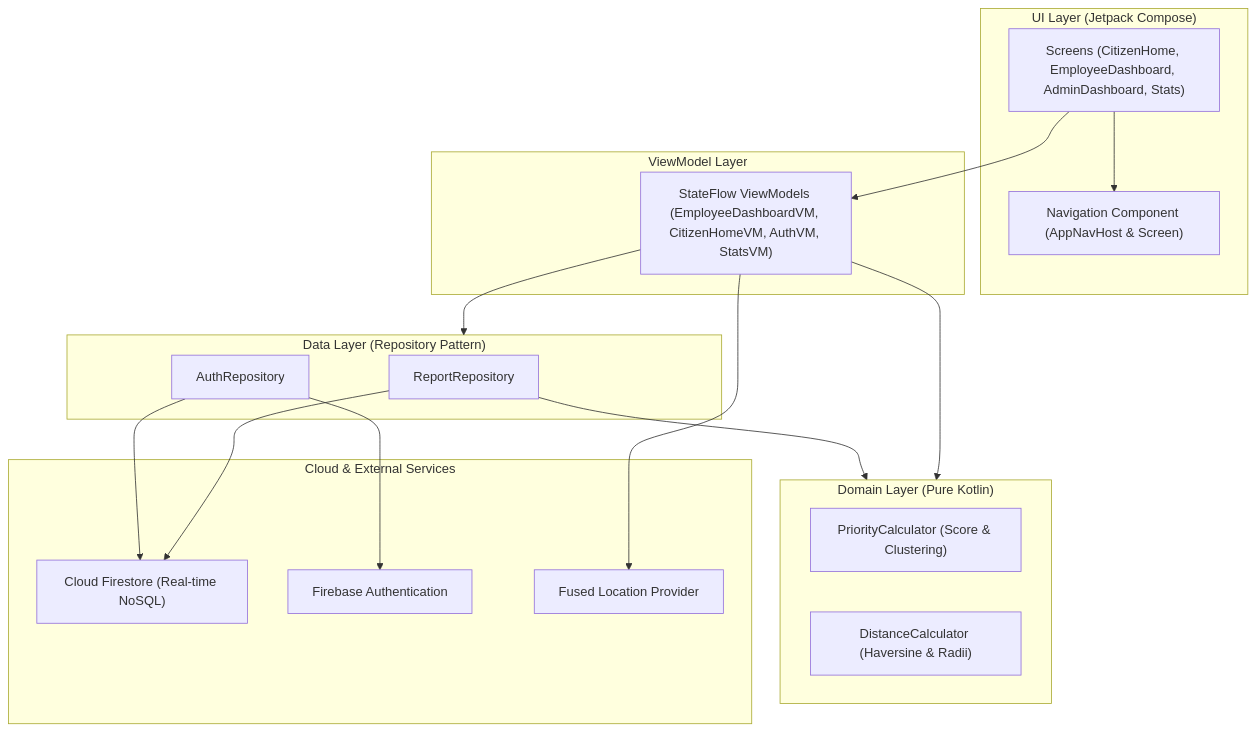
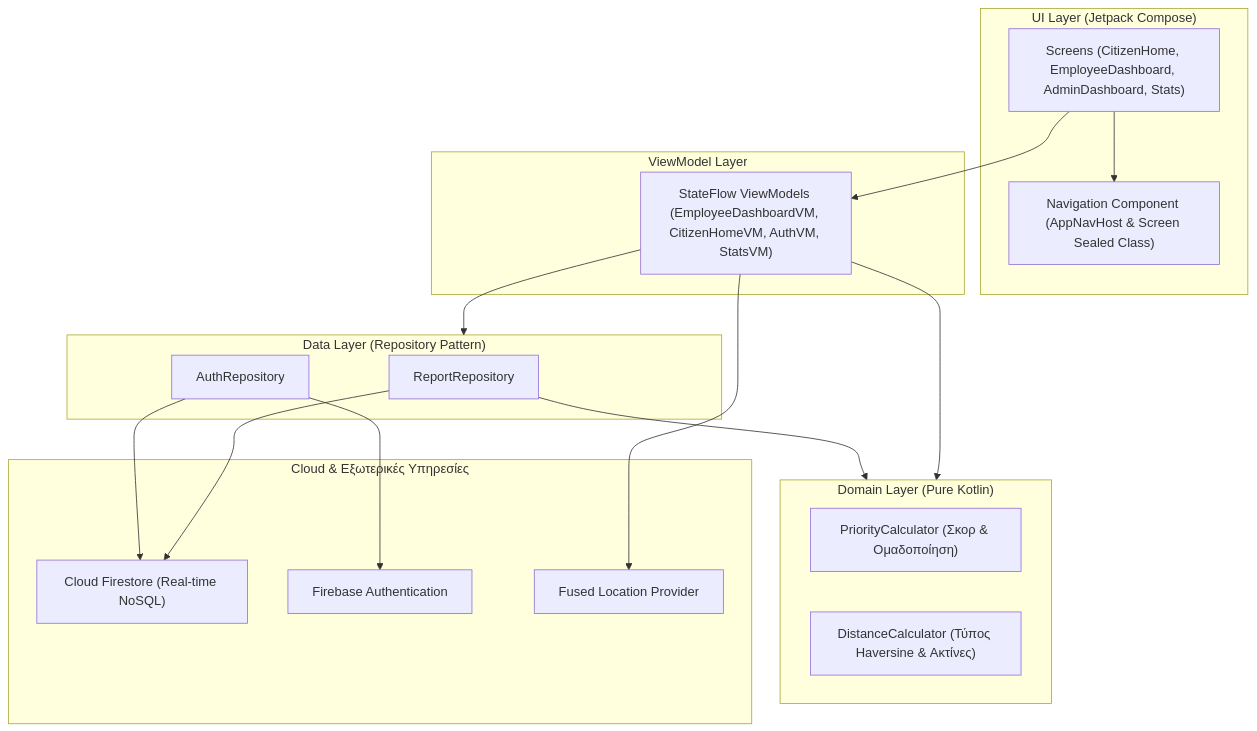
Before and after one commit to EleutheriaKoutsochristou/CityFlow: the diagram in README.md, drawn with Mermaid. The commit also changed other lines of this file and 1 other file, not shown here.

````diff
--- a/README.md
+++ b/README.md
@@ -93,37 +97,37 @@
 ```mermaid
 graph TD
     subgraph UI_Layer ["UI Layer (Jetpack Compose)"]
         Screens["Screens (CitizenHome, EmployeeDashboard, AdminDashboard, Stats)"]
-        Nav["Navigation Component (AppNavHost & Screen)"]
+        Nav["Navigation Component (AppNavHost & Screen Sealed Class)"]
     end
 
     subgraph ViewModel_Layer ["ViewModel Layer"]
         VM["StateFlow ViewModels (EmployeeDashboardVM, CitizenHomeVM, AuthVM, StatsVM)"]
     end
 
     subgraph Domain_Layer ["Domain Layer (Pure Kotlin)"]
-        PriorityCalc["PriorityCalculator (Score & Clustering)"]
-        DistCalc["DistanceCalculator (Haversine & Radii)"]
+        PriorityCalc["PriorityCalculator (Σκορ & Ομαδοποίηση)"]
+        DistCalc["DistanceCalculator (Τύπος Haversine & Ακτίνες)"]
     end
 
     subgraph Data_Layer ["Data Layer (Repository Pattern)"]
         ReportRepo["ReportRepository"]
         AuthRepo["AuthRepository"]
     end
 
-    subgraph Cloud ["Cloud & External Services"]
+    subgraph Cloud ["Cloud & Εξωτερικές Υπηρεσίες"]
         Firestore["Cloud Firestore (Real-time NoSQL)"]
         FirebaseAuth["Firebase Authentication"]
         LocationAPI["Fused Location Provider"]
     end
 
     Screens --> Nav
     Screens --> VM
     VM --> Domain_Layer
     VM --> Data_Layer
     ReportRepo --> Firestore
     ReportRepo --> Domain_Layer
     AuthRepo --> FirebaseAuth
     AuthRepo --> Firestore
     VM --> LocationAPI
 ```
````
